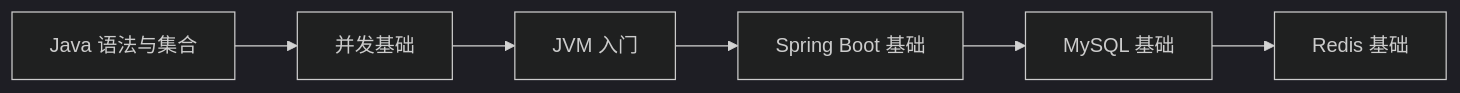
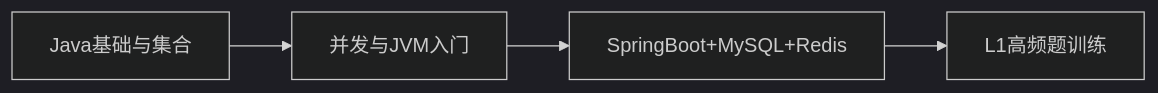
One commit to ZhcChen/Java-Summary changed the diagram in docs/L1-初级/README.md. Above: the diagram before and after it, drawn with Mermaid (dark theme). The commit also changed other lines of this file and 26 other files, not shown here.

````diff
--- a/docs/L1-初级/README.md
+++ b/docs/L1-初级/README.md
@@ -10,8 +10,6 @@
 ```mermaid
 flowchart LR
-    A[Java 语法与集合] --> B[并发基础]
-    B --> C[JVM 入门]
-    C --> D[Spring Boot 基础]
-    D --> E[MySQL 基础]
-    E --> F[Redis 基础]
+    A[Java基础与集合] --> B[并发与JVM入门]
+    B --> C[SpringBoot+MySQL+Redis]
+    C --> D[L1高频题训练]
 ```
````
